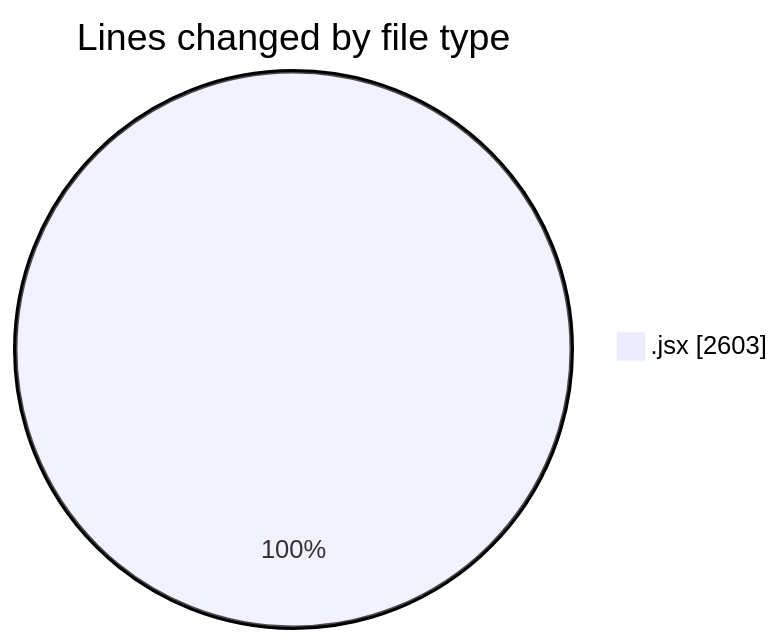
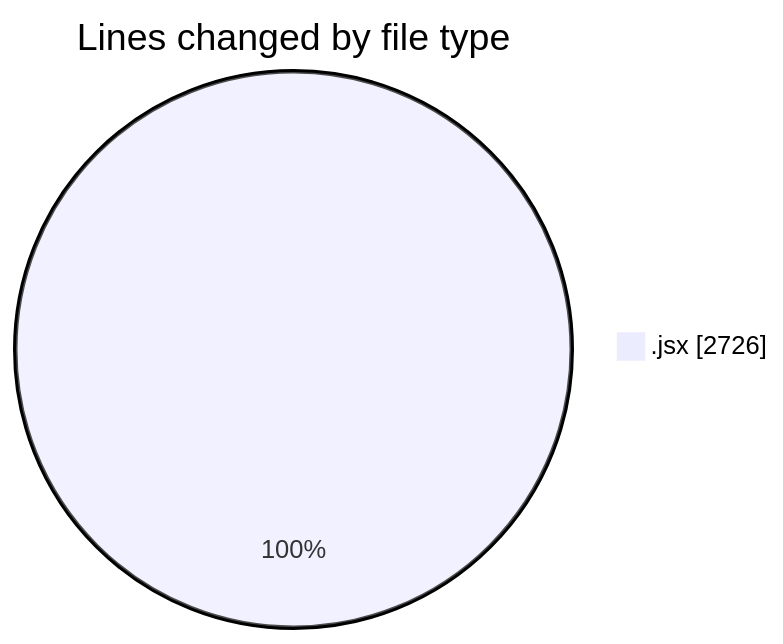
The first of 2 diagrams in 2025-05-14/argos-dev/README.md (nxtqubesakshisongat/code-tracking), drawn with Mermaid before and after one commit. The commit also changed other lines of this file and 1 other file, not shown here.

````diff
--- a/2025-05-14/argos-dev/README.md
+++ b/2025-05-14/argos-dev/README.md
@@ -24,5 +24,5 @@
 ```mermaid
 pie showData
 title Lines changed by file type
-".jsx" : 2603
+".jsx" : 2726
 ```
````
